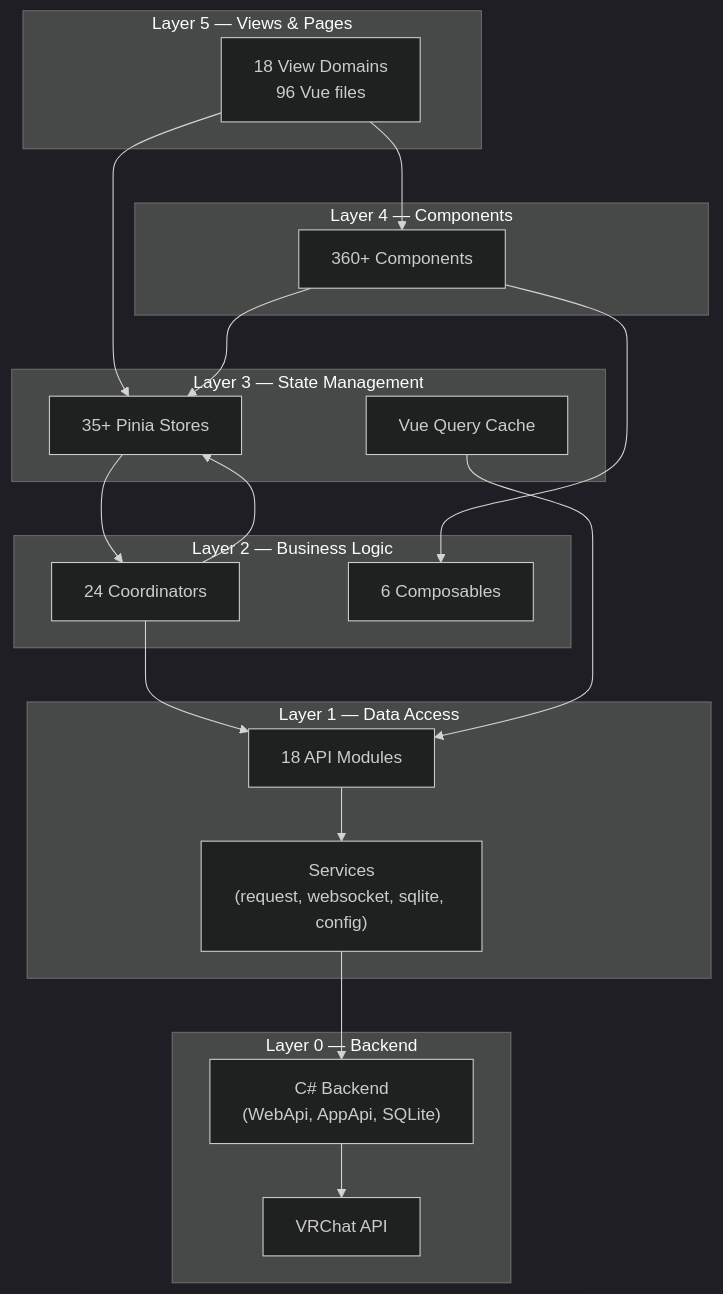
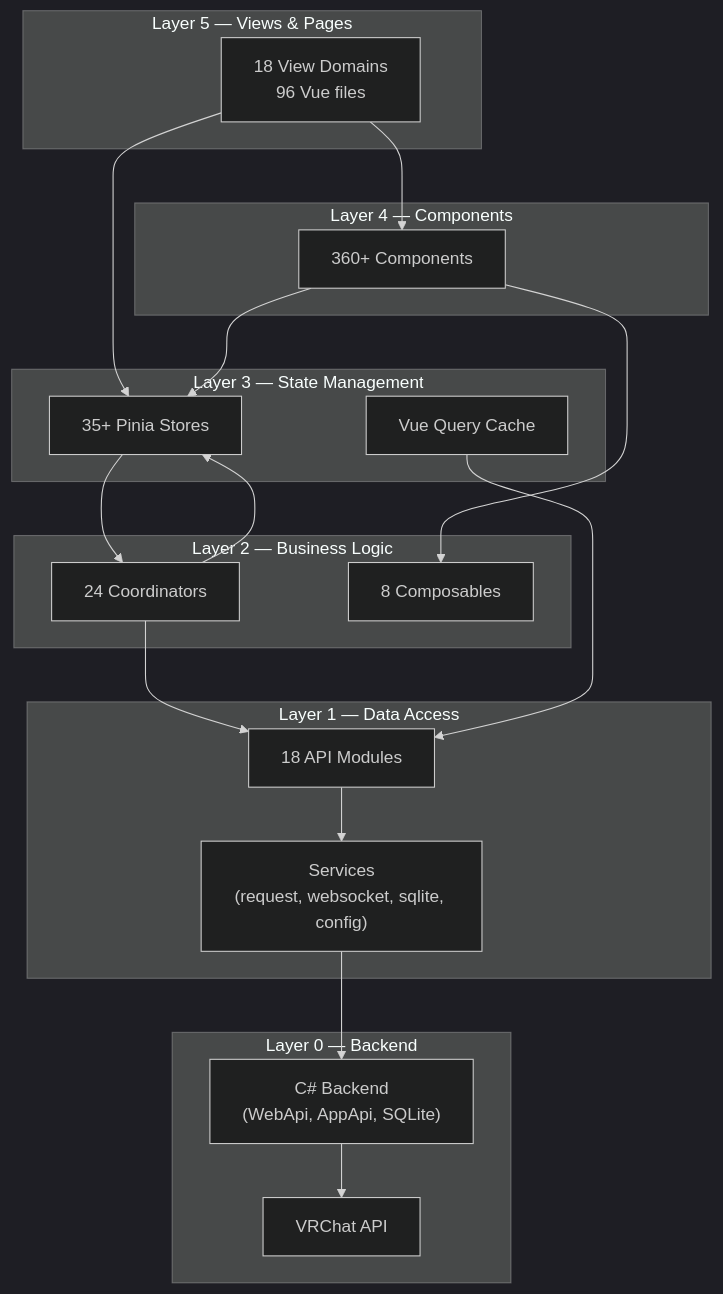
Before and after one commit to Map1en/vrcx-docs: the first of 2 diagrams in en/architecture/overview.md, drawn with Mermaid (dark theme). The commit also changed other lines of this file and 5 other files, not shown here.

````diff
--- a/en/architecture/overview.md
+++ b/en/architecture/overview.md
@@ -20,42 +20,42 @@
 ```mermaid
 graph TD
     subgraph Layer5["Layer 5 — Views & Pages"]
         Views["18 View Domains<br/>96 Vue files"]
     end
 
     subgraph Layer4["Layer 4 — Components"]
         Components["360+ Components"]
     end
 
     subgraph Layer3["Layer 3 — State Management"]
         Stores["35+ Pinia Stores"]
         Queries["Vue Query Cache"]
     end
 
     subgraph Layer2["Layer 2 — Business Logic"]
         Coordinators["24 Coordinators"]
-        Composables["6 Composables"]
+        Composables["8 Composables"]
     end
 
     subgraph Layer1["Layer 1 — Data Access"]
         API["18 API Modules"]
         Services["Services<br/>(request, websocket, sqlite, config)"]
     end
 
     subgraph Layer0["Layer 0 — Backend"]
         CSharp["C# Backend<br/>(WebApi, AppApi, SQLite)"]
         VRChatAPI["VRChat API"]
     end
 
     Views --> Components
     Views --> Stores
     Components --> Stores
     Components --> Composables
     Stores --> Coordinators
     Coordinators --> Stores
     Coordinators --> API
     Queries --> API
     API --> Services
     Services --> CSharp
     CSharp --> VRChatAPI
 ```
````
